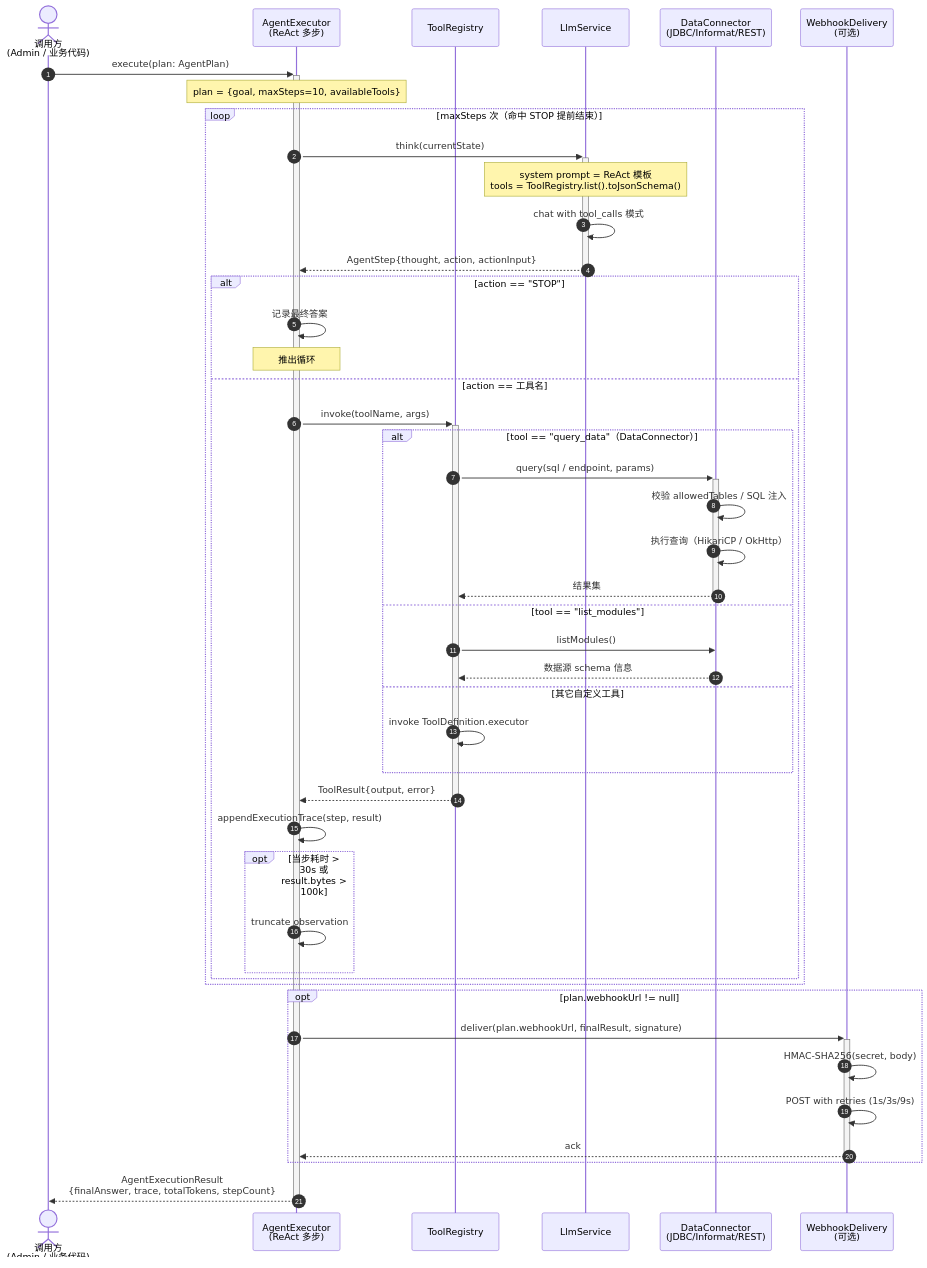
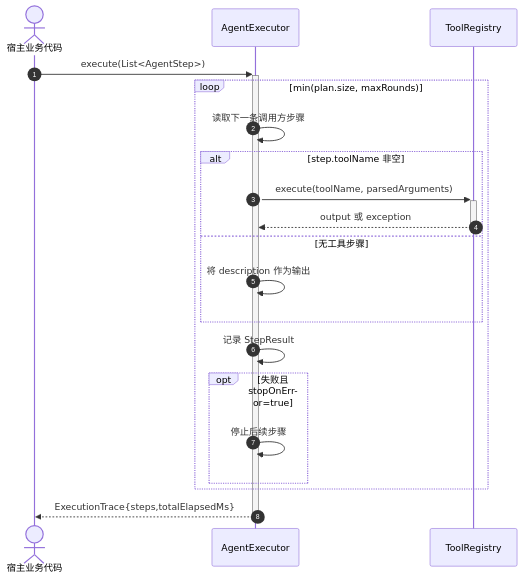
One commit to Hou-mingyuan/ai-assistant-sdk changed the fourth of 5 diagrams in docs/guide/sequence-diagrams.md. Above: the diagram before and after it, drawn with Mermaid. The commit also changed other lines of this file and 211 other files, not shown here.

````diff
--- a/docs/guide/sequence-diagrams.md
+++ b/docs/guide/sequence-diagrams.md
@@ -274,54 +268,23 @@
 ```mermaid
 sequenceDiagram
     autonumber
-    actor Caller as 调用方<br/>(Admin / 业务代码)
-    participant Agent as AgentExecutor<br/>(ReAct 多步)
+    actor Caller as 宿主业务代码
+    participant Agent as AgentExecutor
     participant Tool as ToolRegistry
-    participant Llm as LlmService
-    participant DataConn as DataConnector<br/>(JDBC/Informat/REST)
-    participant Webhook as WebhookDelivery<br/>(可选)
 
-    Caller->>+Agent: execute(plan: AgentPlan)
-    Note over Agent: plan = {goal, maxSteps=10, availableTools}
-
-    loop maxSteps 次（命中 STOP 提前结束）
-        Agent->>+Llm: think(currentState)
-        Note over Llm: system prompt = ReAct 模板<br/>tools = ToolRegistry.list().toJsonSchema()
-        Llm->>Llm: chat with tool_calls 模式
-        Llm-->>-Agent: AgentStep{thought, action, actionInput}
-
-        alt action == "STOP"
-            Agent->>Agent: 记录最终答案
-            Note over Agent: 推出循环
-        else action == 工具名
-            Agent->>+Tool: invoke(toolName, args)
-            alt tool == "query_data"（DataConnector）
-                Tool->>+DataConn: query(sql / endpoint, params)
-                DataConn->>DataConn: 校验 allowedTables / SQL 注入
-                DataConn->>DataConn: 执行查询（HikariCP / OkHttp）
-                DataConn-->>-Tool: 结果集
-            else tool == "list_modules"
-                Tool->>DataConn: listModules()
-                DataConn-->>Tool: 数据源 schema 信息
-            else 其它自定义工具
-                Tool->>Tool: invoke ToolDefinition.executor
-            end
-            Tool-->>-Agent: ToolResult{output, error}
-
-            Agent->>Agent: appendExecutionTrace(step, result)
-
-            opt 当步耗时 > 30s 或 result.bytes > 100k
-                Agent->>Agent: truncate observation
-            end
+    Caller->>+Agent: execute(List<AgentStep>)
+    loop min(plan.size, maxRounds)
+        Agent->>Agent: 读取下一条调用方步骤
+        alt step.toolName 非空
+            Agent->>+Tool: execute(toolName, parsedArguments)
+            Tool-->>-Agent: output 或 exception
+        else 无工具步骤
+            Agent->>Agent: 将 description 作为输出
+        end
+        Agent->>Agent: 记录 StepResult
+        opt 失败且 stopOnError=true
+            Agent->>Agent: 停止后续步骤
         end
     end
-
-    opt plan.webhookUrl != null
-        Agent->>+Webhook: deliver(plan.webhookUrl, finalResult, signature)
-        Webhook->>Webhook: HMAC-SHA256(secret, body)
-        Webhook->>Webhook: POST with retries (1s/3s/9s)
-        Webhook-->>-Agent: ack
-    end
-
-    Agent-->>-Caller: AgentExecutionResult<br/>{finalAnswer, trace, totalTokens, stepCount}
+    Agent-->>-Caller: ExecutionTrace{steps,totalElapsedMs}
 ```
````
